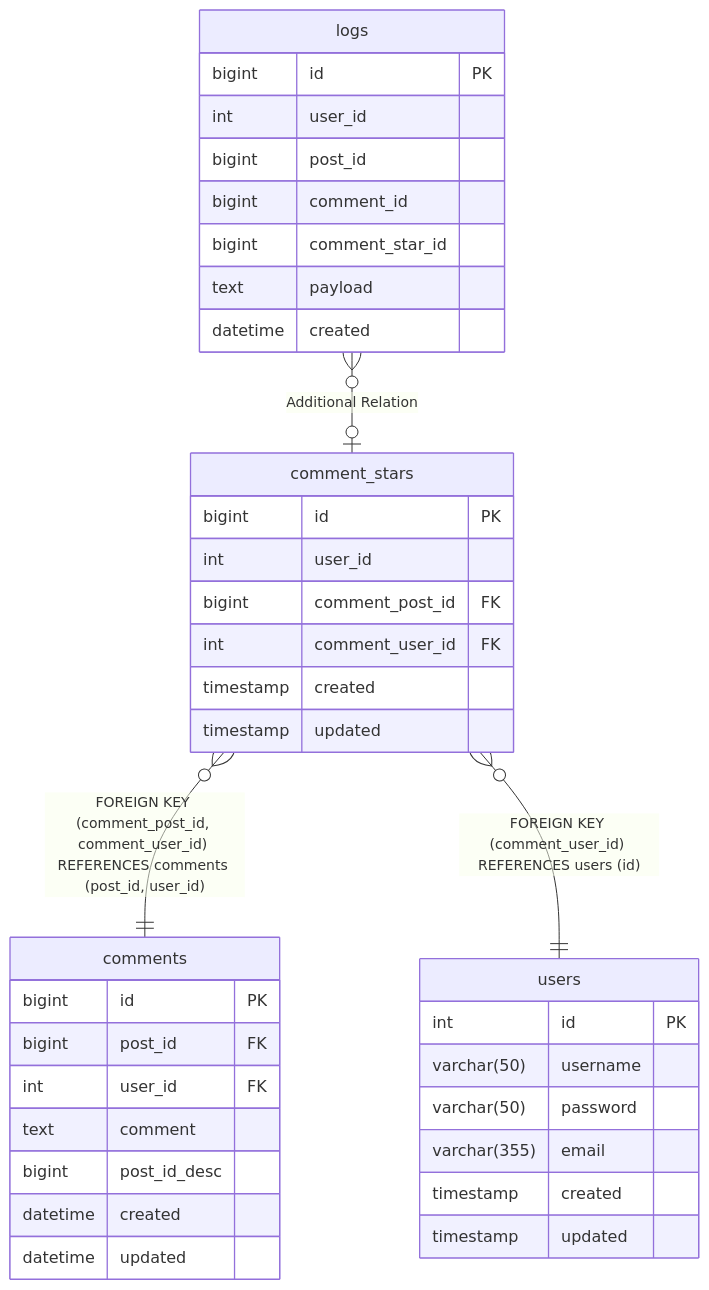
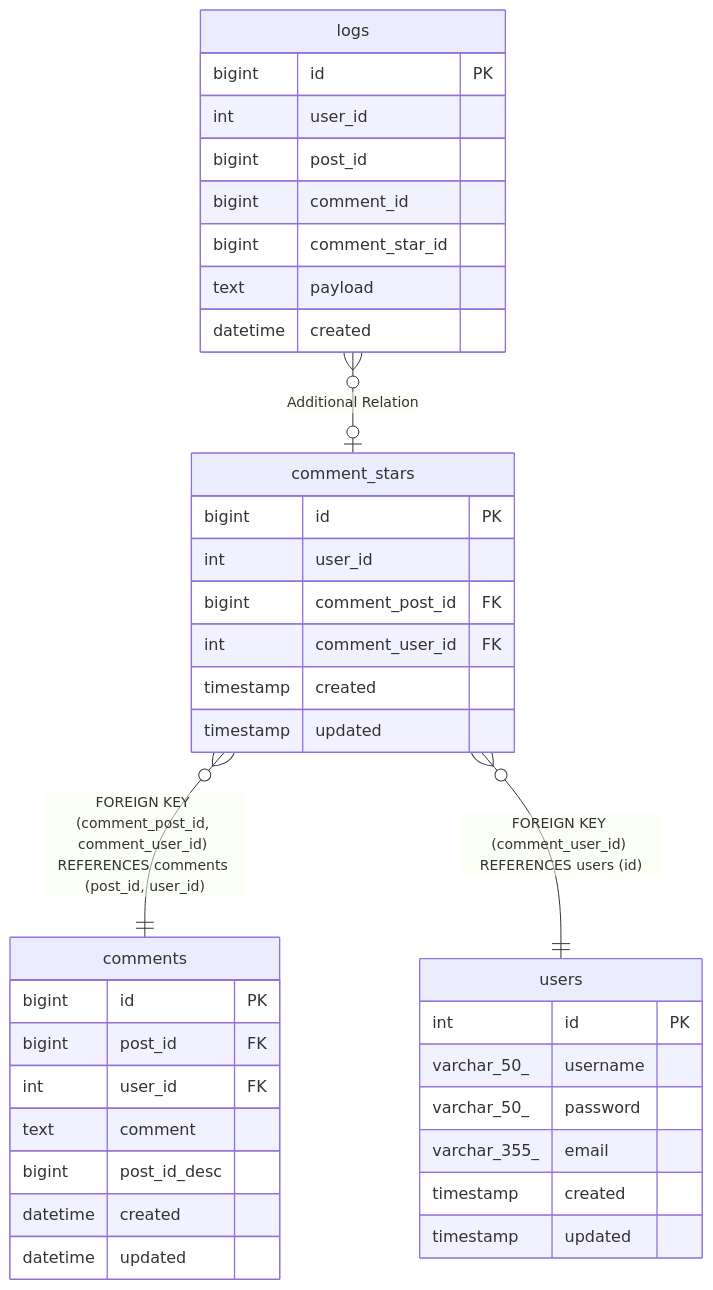
One commit to k1LoW/tbls changed the diagram in sample/mermaid/comment_stars.md. Above: the diagram before and after it, drawn with Mermaid. The commit also changed 10 other files, not shown here.

````diff
--- a/sample/mermaid/comment_stars.md
+++ b/sample/mermaid/comment_stars.md
@@ -58,42 +58,42 @@
 ```mermaid
 erDiagram
 
 "logs" }o--o| "comment_stars" : "Additional Relation"
 "comment_stars" }o--|| "comments" : "FOREIGN KEY (comment_post_id, comment_user_id) REFERENCES comments (post_id, user_id)"
 "comment_stars" }o--|| "users" : "FOREIGN KEY (comment_user_id) REFERENCES users (id)"
 
 "comment_stars" {
   bigint id PK
   int user_id
   bigint comment_post_id FK
   int comment_user_id FK
   timestamp created
   timestamp updated
 }
 "logs" {
   bigint id PK
   int user_id
   bigint post_id
   bigint comment_id
   bigint comment_star_id
   text payload
   datetime created
 }
 "comments" {
   bigint id PK
   bigint post_id FK
   int user_id FK
   text comment
   bigint post_id_desc
   datetime created
   datetime updated
 }
 "users" {
   int id PK
-  varchar(50) username
-  varchar(50) password
-  varchar(355) email
+  varchar_50_ username
+  varchar_50_ password
+  varchar_355_ email
   timestamp created
   timestamp updated
 }
 ```
````
